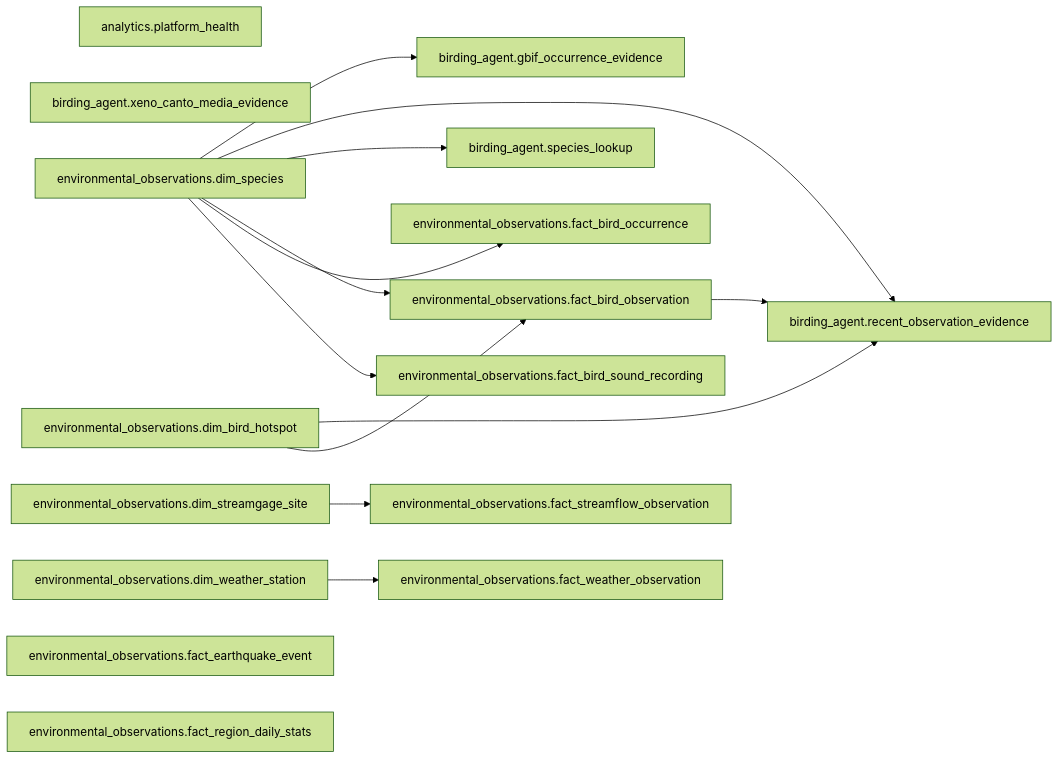
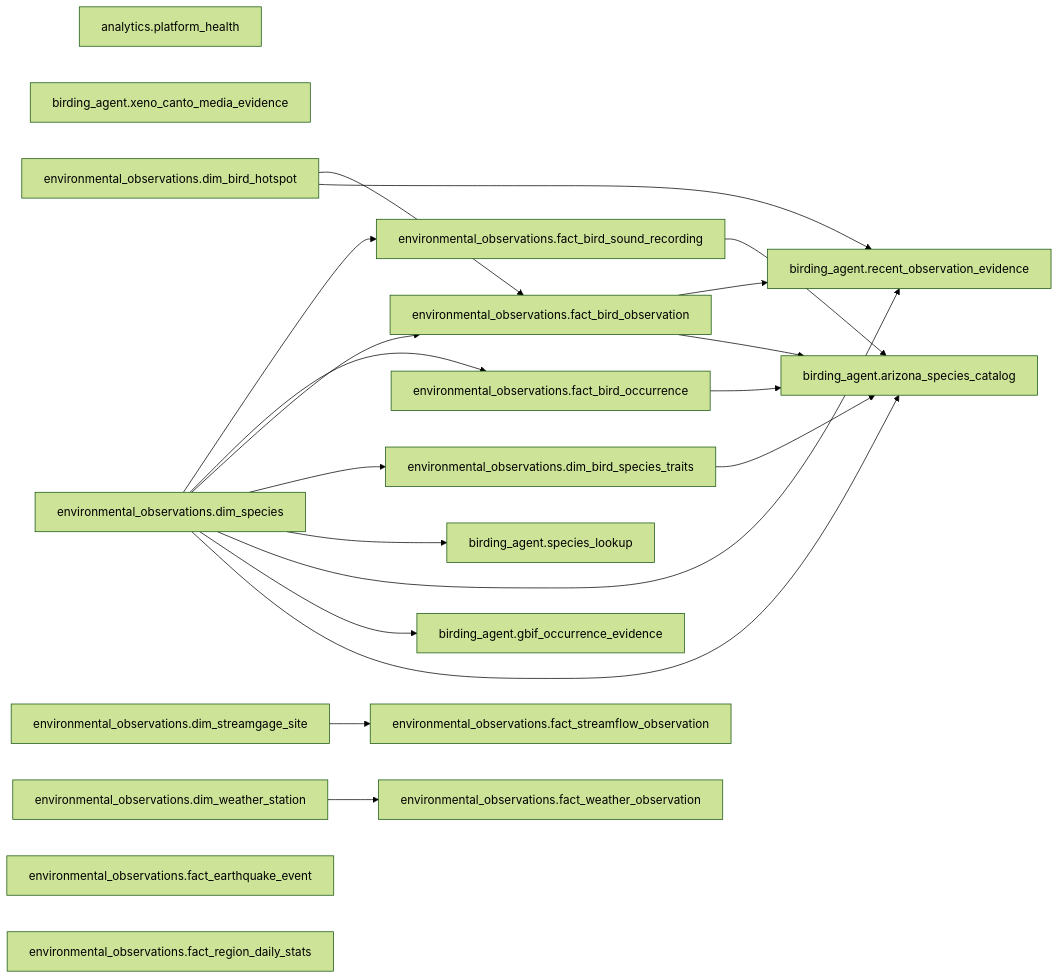
Before and after one commit to Doctacon/databox: the diagram in docs/dictionary/lineage.md, drawn with Mermaid (forest theme). The commit also changed 23 other files, not shown here.

Commit message:
feat: model AVONET Arizona bird catalog

````diff
--- a/docs/dictionary/lineage.md
+++ b/docs/dictionary/lineage.md
@@ -5,47 +5,57 @@
 ```mermaid
 graph LR
     n0["analytics.platform_health"]
-    n1["birding_agent.gbif_occurrence_evidence"]
-    n2["birding_agent.recent_observation_evidence"]
-    n3["birding_agent.species_lookup"]
-    n4["birding_agent.xeno_canto_media_evidence"]
-    n5["environmental_observations.dim_bird_hotspot"]
-    n6["environmental_observations.dim_species"]
-    n7["environmental_observations.dim_streamgage_site"]
-    n8["environmental_observations.dim_weather_station"]
-    n9["environmental_observations.fact_bird_observation"]
-    n10["environmental_observations.fact_bird_occurrence"]
-    n11["environmental_observations.fact_bird_sound_recording"]
-    n12["environmental_observations.fact_earthquake_event"]
-    n13["environmental_observations.fact_region_daily_stats"]
-    n14["environmental_observations.fact_streamflow_observation"]
-    n15["environmental_observations.fact_weather_observation"]
-    n6 --> n1
-    n5 --> n2
-    n6 --> n2
-    n9 --> n2
+    n1["birding_agent.arizona_species_catalog"]
+    n2["birding_agent.gbif_occurrence_evidence"]
+    n3["birding_agent.recent_observation_evidence"]
+    n4["birding_agent.species_lookup"]
+    n5["birding_agent.xeno_canto_media_evidence"]
+    n6["environmental_observations.dim_bird_hotspot"]
+    n7["environmental_observations.dim_bird_species_traits"]
+    n8["environmental_observations.dim_species"]
+    n9["environmental_observations.dim_streamgage_site"]
+    n10["environmental_observations.dim_weather_station"]
+    n11["environmental_observations.fact_bird_observation"]
+    n12["environmental_observations.fact_bird_occurrence"]
+    n13["environmental_observations.fact_bird_sound_recording"]
+    n14["environmental_observations.fact_earthquake_event"]
+    n15["environmental_observations.fact_region_daily_stats"]
+    n16["environmental_observations.fact_streamflow_observation"]
+    n17["environmental_observations.fact_weather_observation"]
+    n7 --> n1
+    n8 --> n1
+    n11 --> n1
+    n12 --> n1
+    n13 --> n1
+    n8 --> n2
     n6 --> n3
-    n5 --> n9
-    n6 --> n9
-    n6 --> n10
+    n8 --> n3
+    n11 --> n3
+    n8 --> n4
+    n8 --> n7
     n6 --> n11
-    n7 --> n14
-    n8 --> n15
+    n8 --> n11
+    n8 --> n12
+    n8 --> n13
+    n9 --> n16
+    n10 --> n17
 
     click n0 "analytics/platform_health.md"
-    click n1 "birding_agent/gbif_occurrence_evidence.md"
-    click n2 "birding_agent/recent_observation_evidence.md"
-    click n3 "birding_agent/species_lookup.md"
-    click n4 "birding_agent/xeno_canto_media_evidence.md"
-    click n5 "environmental_observations/dim_bird_hotspot.md"
-    click n6 "environmental_observations/dim_species.md"
-    click n7 "environmental_observations/dim_streamgage_site.md"
-    click n8 "environmental_observations/dim_weather_station.md"
-    click n9 "environmental_observations/fact_bird_observation.md"
-    click n10 "environmental_observations/fact_bird_occurrence.md"
-    click n11 "environmental_observations/fact_bird_sound_recording.md"
-    click n12 "environmental_observations/fact_earthquake_event.md"
-    click n13 "environmental_observations/fact_region_daily_stats.md"
-    click n14 "environmental_observations/fact_streamflow_observation.md"
-    click n15 "environmental_observations/fact_weather_observation.md"
+    click n1 "birding_agent/arizona_species_catalog.md"
+    click n2 "birding_agent/gbif_occurrence_evidence.md"
+    click n3 "birding_agent/recent_observation_evidence.md"
+    click n4 "birding_agent/species_lookup.md"
+    click n5 "birding_agent/xeno_canto_media_evidence.md"
+    click n6 "environmental_observations/dim_bird_hotspot.md"
+    click n7 "environmental_observations/dim_bird_species_traits.md"
+    click n8 "environmental_observations/dim_species.md"
+    click n9 "environmental_observations/dim_streamgage_site.md"
+    click n10 "environmental_observations/dim_weather_station.md"
+    click n11 "environmental_observations/fact_bird_observation.md"
+    click n12 "environmental_observations/fact_bird_occurrence.md"
+    click n13 "environmental_observations/fact_bird_sound_recording.md"
+    click n14 "environmental_observations/fact_earthquake_event.md"
+    click n15 "environmental_observations/fact_region_daily_stats.md"
+    click n16 "environmental_observations/fact_streamflow_observation.md"
+    click n17 "environmental_observations/fact_weather_observation.md"
 ```
````
